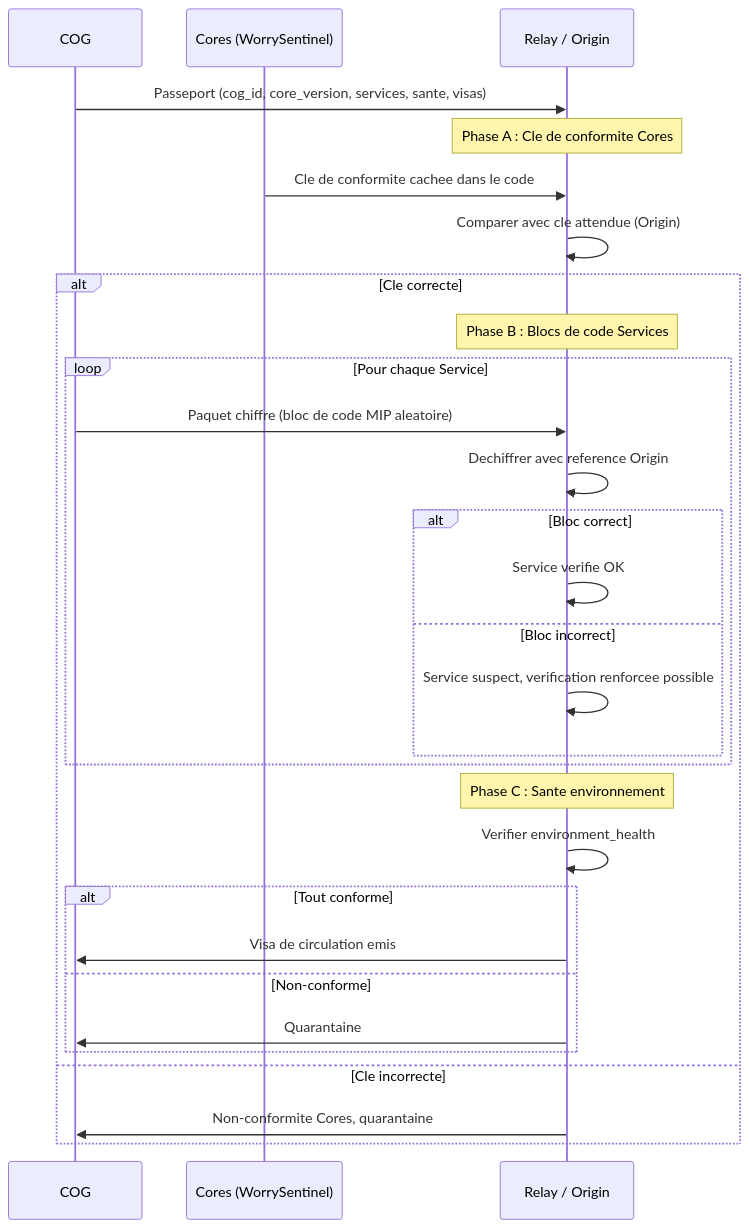
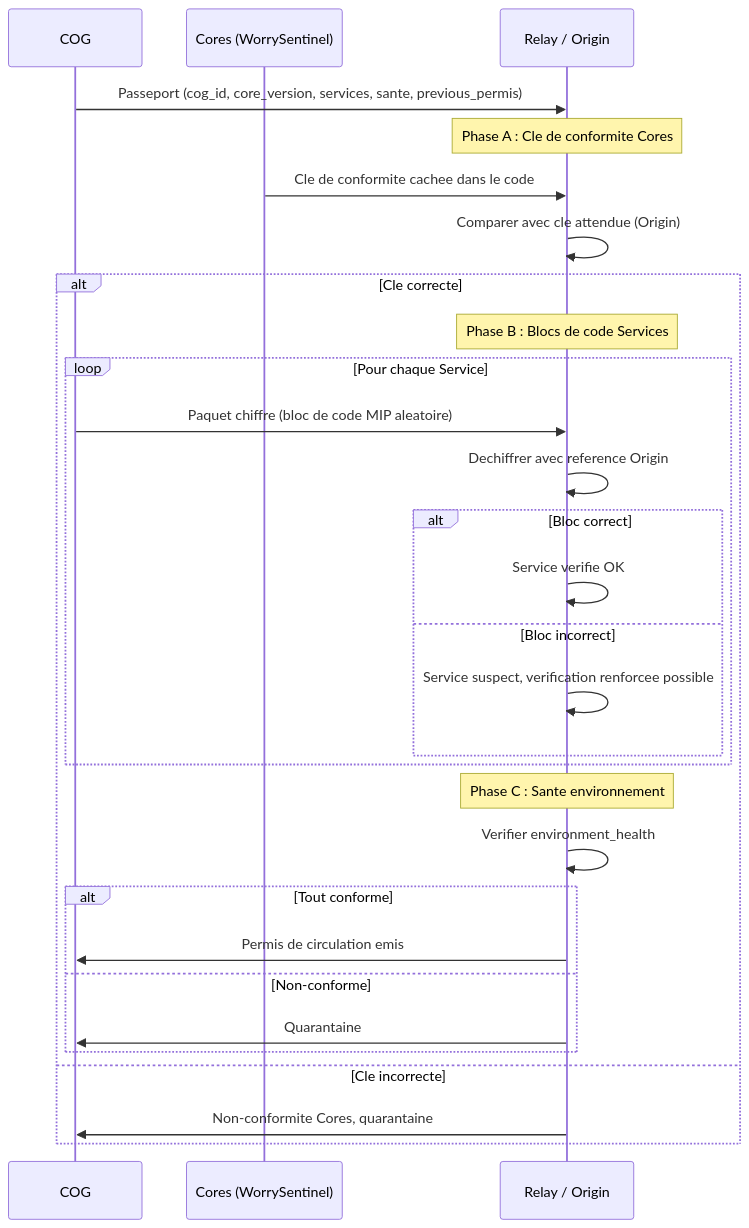
Before and after one commit to StudioMiyukini/miyukini_cog: the third of 7 diagrams in docs/reference/Miyukini Conceptual References - Miyukini Webway Relay.md, drawn with Mermaid. The commit also changed other lines of this file and 17 other files, not shown here.

````diff
--- a/docs/reference/Miyukini Conceptual References - Miyukini Webway Relay.md
+++ b/docs/reference/Miyukini Conceptual References - Miyukini Webway Relay.md
@@ -193,33 +193,33 @@
 ```mermaid
 sequenceDiagram
     participant COG as COG
     participant Cores as Cores (WorrySentinel)
     participant R as Relay / Origin
 
-    COG->>R: Passeport (cog_id, core_version, services, sante, visas)
+    COG->>R: Passeport (cog_id, core_version, services, sante, previous_permis)
     
     Note over R: Phase A : Cle de conformite Cores
     Cores->>R: Cle de conformite cachee dans le code
     R->>R: Comparer avec cle attendue (Origin)
     alt Cle correcte
         Note over R: Phase B : Blocs de code Services
         loop Pour chaque Service
             COG->>R: Paquet chiffre (bloc de code MIP aleatoire)
             R->>R: Dechiffrer avec reference Origin
             alt Bloc correct
                 R->>R: Service verifie OK
             else Bloc incorrect
                 R->>R: Service suspect, verification renforcee possible
             end
         end
         Note over R: Phase C : Sante environnement
         R->>R: Verifier environment_health
         alt Tout conforme
-            R->>COG: Visa de circulation emis
+            R->>COG: Permis de circulation emis
         else Non-conforme
             R->>COG: Quarantaine
         end
     else Cle incorrecte
         R->>COG: Non-conformite Cores, quarantaine
     end
 ```
````
